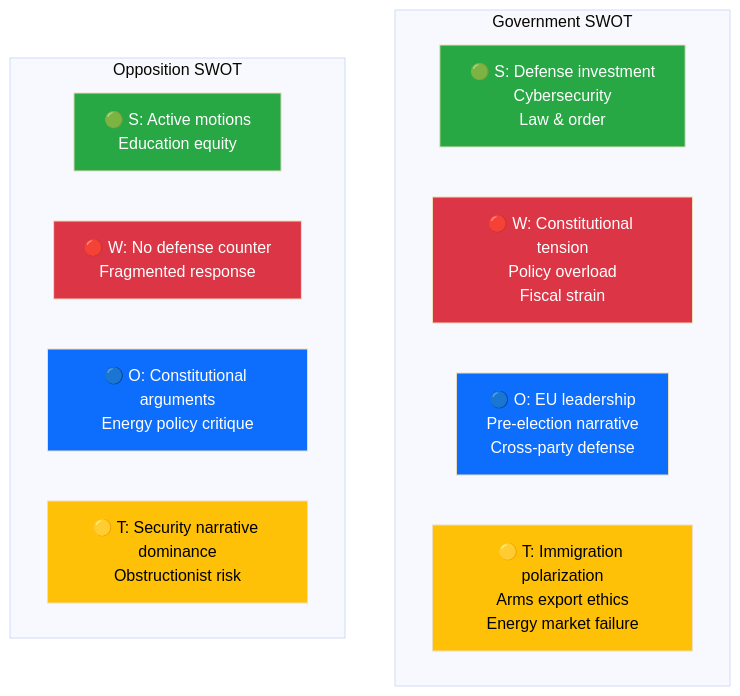
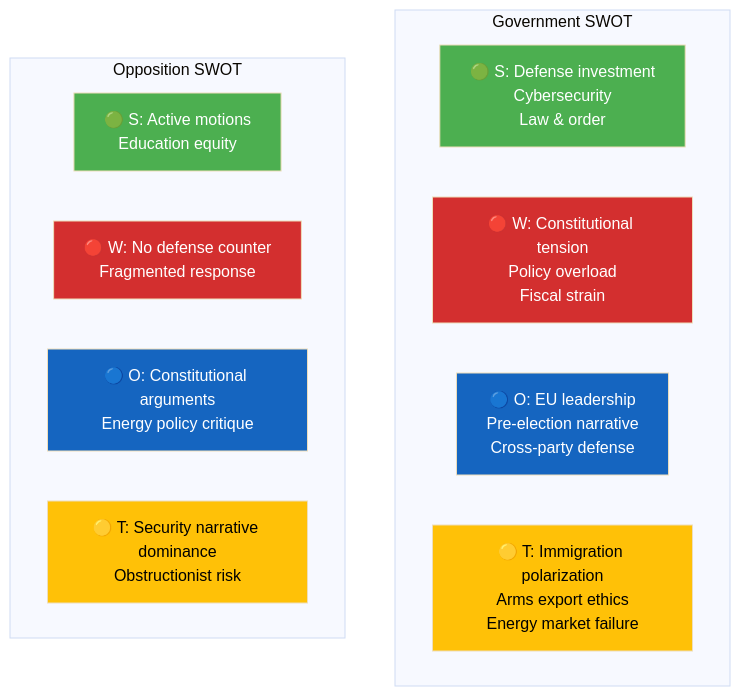
Before and after one commit to Hack23/riksdagsmonitor: the diagram in analysis/daily/2026-04-03/evening-analysis/swot-analysis.md, drawn with Mermaid (base theme). The commit also changed 785 other files, not shown here.

First line of the commit message:
Normalize mermaid colors across 786 analysis artifacts to ISMS Style Guide palette

````diff
--- a/analysis/daily/2026-04-03/evening-analysis/swot-analysis.md
+++ b/analysis/daily/2026-04-03/evening-analysis/swot-analysis.md
@@ -84,23 +84,23 @@
 ```mermaid
 graph TB
     subgraph "Government SWOT"
         GS["🟢 S: Defense investment<br/>Cybersecurity<br/>Law & order"]
         GW["🔴 W: Constitutional tension<br/>Policy overload<br/>Fiscal strain"]
         GO["🔵 O: EU leadership<br/>Pre-election narrative<br/>Cross-party defense"]
         GT["🟡 T: Immigration polarization<br/>Arms export ethics<br/>Energy market failure"]
     end
     subgraph "Opposition SWOT"
         OS["🟢 S: Active motions<br/>Education equity"]
         OW["🔴 W: No defense counter<br/>Fragmented response"]
         OO["🔵 O: Constitutional arguments<br/>Energy policy critique"]
         OT["🟡 T: Security narrative dominance<br/>Obstructionist risk"]
     end
-    style GS fill:#28a745,color:#fff
-    style GW fill:#dc3545,color:#fff
-    style GO fill:#0d6efd,color:#fff
-    style GT fill:#ffc107,color:#000
-    style OS fill:#28a745,color:#fff
-    style OW fill:#dc3545,color:#fff
-    style OO fill:#0d6efd,color:#fff
-    style OT fill:#ffc107,color:#000
+    style GS fill:#4CAF50,color:#FFFFFF
+    style GW fill:#D32F2F,color:#FFFFFF
+    style GO fill:#1565C0,color:#FFFFFF
+    style GT fill:#FFC107,color:#000000
+    style OS fill:#4CAF50,color:#FFFFFF
+    style OW fill:#D32F2F,color:#FFFFFF
+    style OO fill:#1565C0,color:#FFFFFF
+    style OT fill:#FFC107,color:#000000
 ```
````
